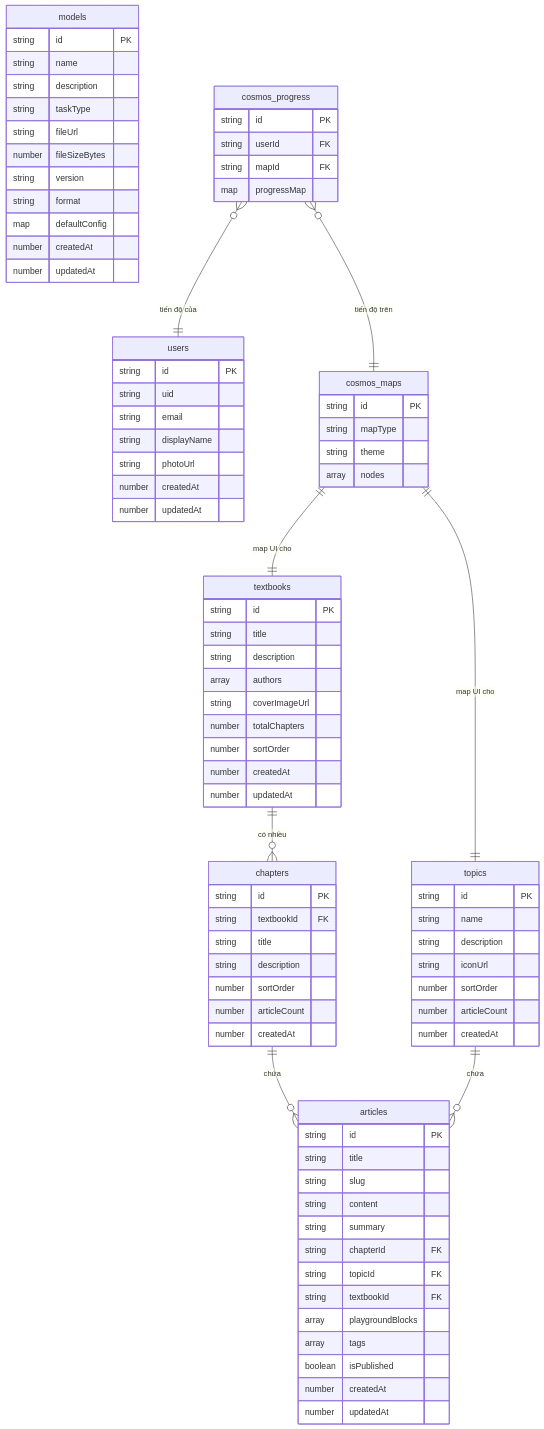
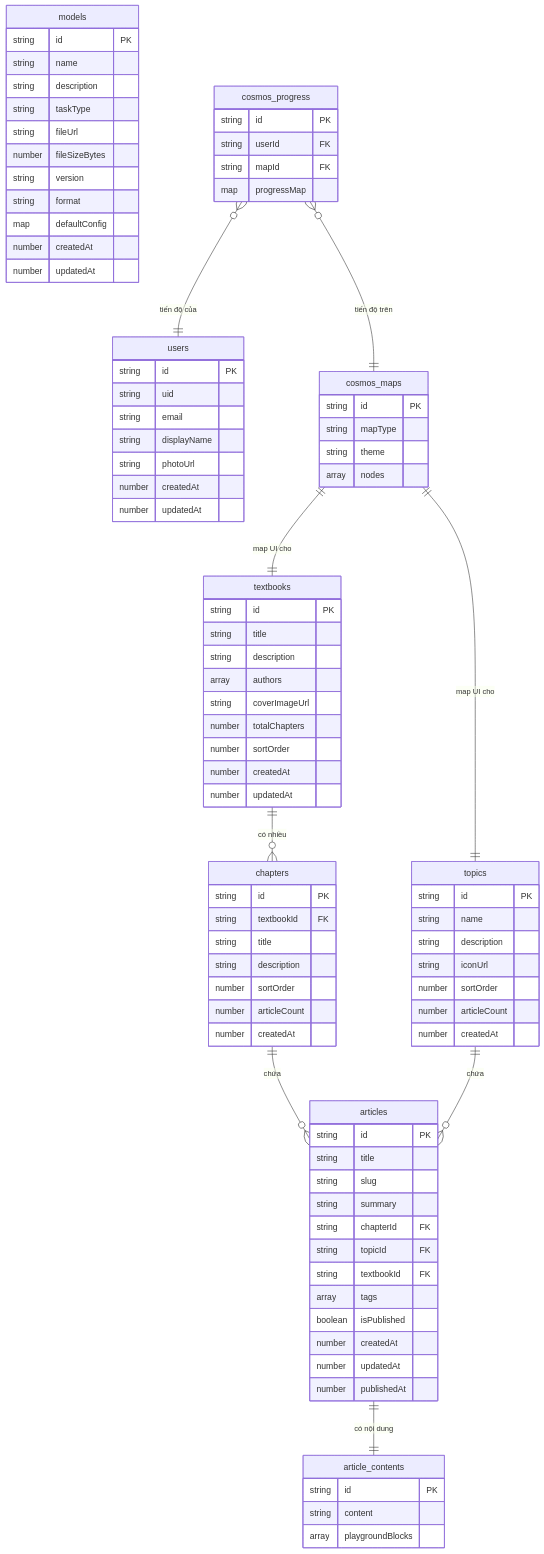
Before and after one commit to iAmHieu2012/Sequoia: the diagram in docs/design/data-model.md, drawn with Mermaid. The commit also changed other lines of this file and 24 other files, not shown here.

```diff
--- a/docs/design/data-model.md
+++ b/docs/design/data-model.md
@@ -61,16 +61,21 @@
         string id PK
         string title
         string slug
-        string content
         string summary
         string chapterId FK
         string topicId FK
         string textbookId FK
-        array playgroundBlocks
         array tags
         boolean isPublished
         number createdAt
         number updatedAt
+        number publishedAt
+    }
+
+    article_contents {
+        string id PK
+        string content
+        array playgroundBlocks
     }
 
     models {
@@ -104,6 +109,7 @@
     textbooks ||--o{ chapters : "có nhiều"
     chapters ||--o{ articles : "chứa"
     topics ||--o{ articles : "chứa"
+    articles ||--|| article_contents : "có nội dung"
     cosmos_maps ||--|| textbooks : "map UI cho"
     cosmos_maps ||--|| topics : "map UI cho"
     cosmos_progress }o--|| users : "tiến độ của"
```
